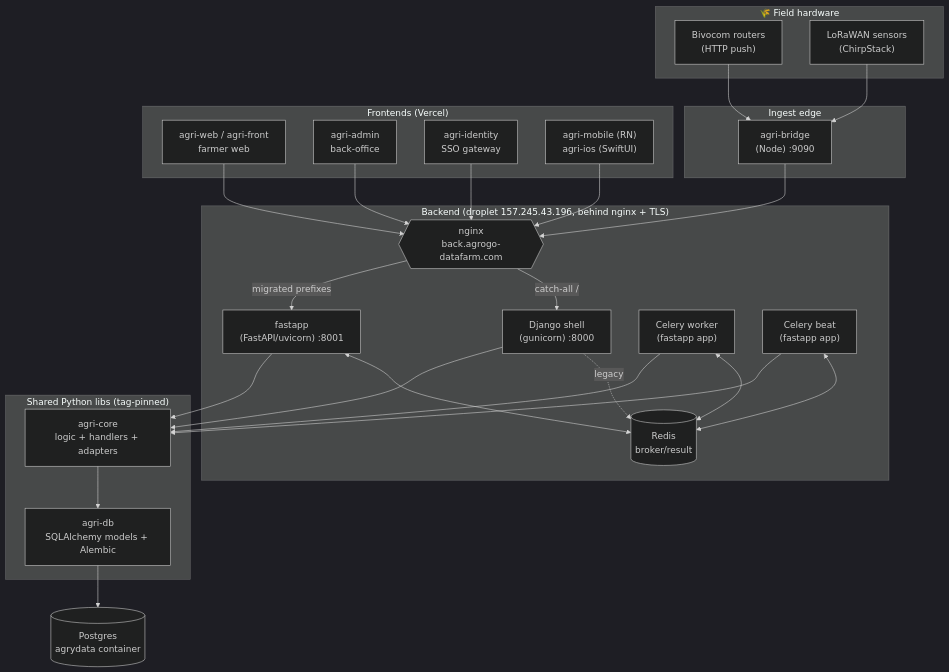
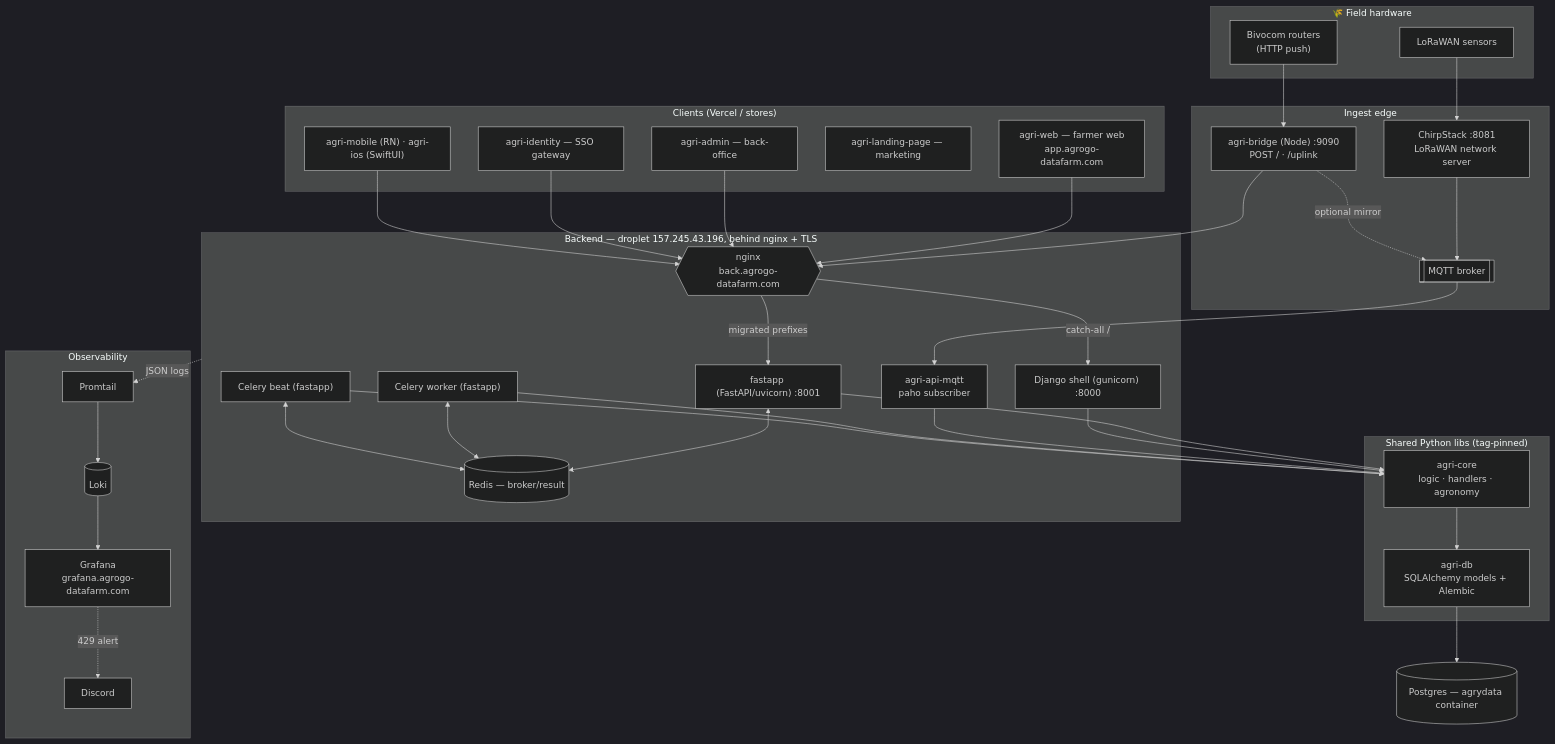
Before and after one commit to AgriLogy/.github: the first of 10 diagrams in ARCHITECTURE.md, drawn with Mermaid (dark theme). The commit also changed other lines of this file and 1 other file, not shown here.

First line of the commit message:
docs: refresh ARCHITECTURE.md and add CONTRIBUTING.md (#5)

````diff
--- a/ARCHITECTURE.md
+++ b/ARCHITECTURE.md
@@ -13,43 +16,54 @@
 ```mermaid
 flowchart TB
     subgraph field["🌾 Field hardware"]
         biv["Bivocom routers<br/>(HTTP push)"]
-        lora["LoRaWAN sensors<br/>(ChirpStack)"]
+        lora["LoRaWAN sensors"]
     end
 
     subgraph edge["Ingest edge"]
-        bridge["agri-bridge<br/>(Node) :9090"]
+        bridge["agri-bridge (Node) :9090<br/>POST / · /uplink"]
+        cs["ChirpStack :8081<br/>LoRaWAN network server"]
+        mosq[["MQTT broker"]]
     end
 
-    subgraph backend["Backend (droplet 157.245.43.196, behind nginx + TLS)"]
+    subgraph backend["Backend — droplet 157.245.43.196, behind nginx + TLS"]
         nginx{{"nginx<br/>back.agrogo-datafarm.com"}}
-        fast["fastapp<br/>(FastAPI/uvicorn) :8001"]
-        django["Django shell<br/>(gunicorn) :8000"]
-        worker["Celery worker<br/>(fastapp app)"]
-        beat["Celery beat<br/>(fastapp app)"]
-        redis[("Redis<br/>broker/result")]
+        fast["fastapp (FastAPI/uvicorn) :8001"]
+        django["Django shell (gunicorn) :8000"]
+        mqttc["agri-api-mqtt<br/>paho subscriber"]
+        worker["Celery worker (fastapp)"]
+        beat["Celery beat (fastapp)"]
+        redis[("Redis — broker/result")]
     end
 
     subgraph libs["Shared Python libs (tag-pinned)"]
-        core["agri-core<br/>logic + handlers + adapters"]
+        core["agri-core<br/>logic · handlers · agronomy"]
         db["agri-db<br/>SQLAlchemy models + Alembic"]
     end
 
-    pg[("Postgres<br/>agrydata container")]
+    pg[("Postgres — agrydata container")]
 
-    subgraph clients["Frontends (Vercel)"]
-        web["agri-web / agri-front<br/>farmer web"]
-        admin["agri-admin<br/>back-office"]
-        identity["agri-identity<br/>SSO gateway"]
-        mobile["agri-mobile (RN)<br/>agri-ios (SwiftUI)"]
+    subgraph obs["Observability"]
+        promtail["Promtail"] --> loki[("Loki")] --> graf["Grafana<br/>grafana.agrogo-datafarm.com"]
+        graf -.->|429 alert| disc["Discord"]
     end
 
-    biv & lora --> bridge --> nginx
+    subgraph clients["Clients (Vercel / stores)"]
+        web["agri-web — farmer web<br/>app.agrogo-datafarm.com"]
+        admin["agri-admin — back-office"]
+        identity["agri-identity — SSO gateway"]
+        landing["agri-landing-page — marketing"]
+        mobile["agri-mobile (RN) · agri-ios (SwiftUI)"]
+    end
+
+    biv --> bridge --> nginx
+    lora --> cs --> mosq --> mqttc
+    bridge -.->|optional mirror| mosq
     web & admin & identity & mobile --> nginx
     nginx -->|migrated prefixes| fast
-    nginx -->|catch-all /| django
-    fast & django --> core --> db --> pg
+    nginx -->|"catch-all /"| django
+    fast & django & mqttc --> core --> db --> pg
     worker & beat --> core
     fast & worker & beat <--> redis
-    django -. legacy .-> redis
+    backend -.->|JSON logs| promtail
 ```
````
